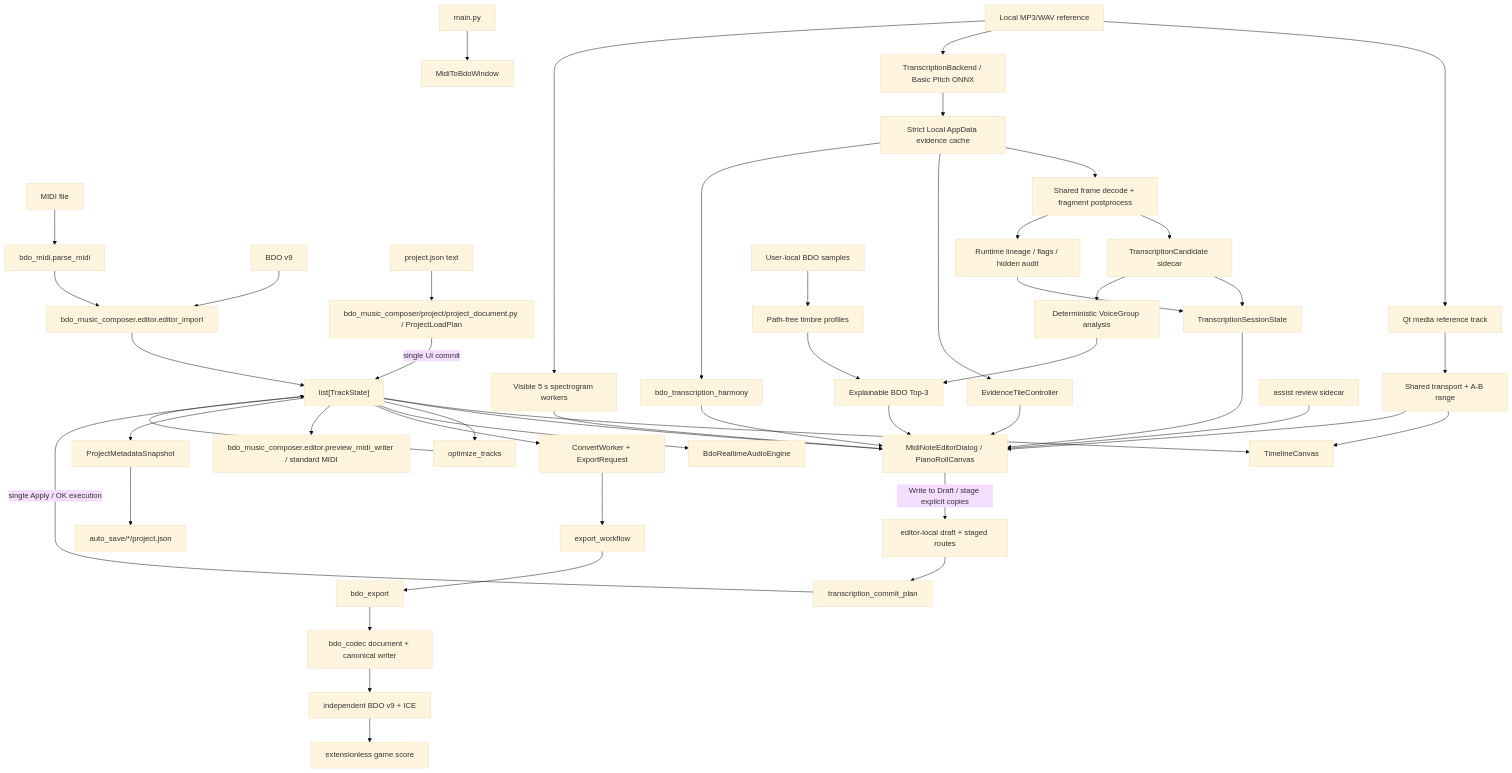
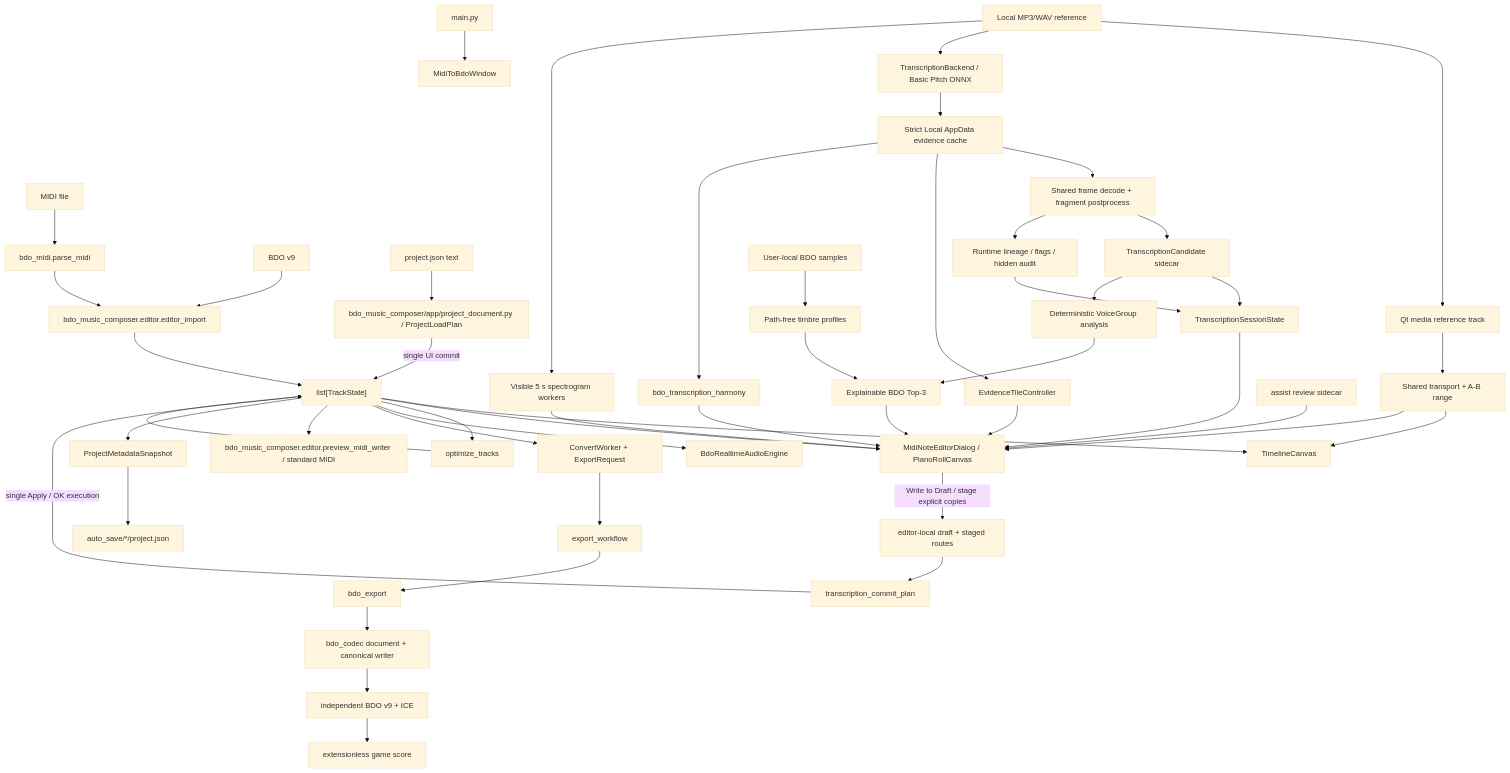
The diagram in docs/ARCHITECTURE.md (CocoaMist/3007-BDO_Music_Composer), drawn with Mermaid (base theme) before and after one commit. The commit also changed other lines of this file and 283 other files, not shown here.

First line of the commit message:
refactor: consolidate composer architecture and editing workflows

````diff
--- a/docs/ARCHITECTURE.md
+++ b/docs/ARCHITECTURE.md
@@ -7,51 +7,51 @@
 ```mermaid
 flowchart TD
     Entry["main.py"] --> GUI["MidiToBdoWindow"]
     MIDI["MIDI file"] --> Parser["bdo_midi.parse_midi"]
     BDO["BDO v9"] --> ImportAdapter["bdo_music_composer.editor.editor_import"]
-    Project["project.json text"] --> ProjectPlan["bdo_music_composer/project/project_document.py / ProjectLoadPlan"]
+    Project["project.json text"] --> ProjectPlan["bdo_music_composer/app/project_document.py / ProjectLoadPlan"]
     Parser --> ImportAdapter
     ImportAdapter --> Tracks["list[TrackState]"]
     ProjectPlan -->|"single UI commit"| Tracks
     Tracks --> Timeline["TimelineCanvas"]
     Tracks --> Editor["MidiNoteEditorDialog / PianoRollCanvas"]
     Reference["Local MP3/WAV reference"] --> ReferencePlayer["Qt media reference track"]
     ReferencePlayer --> SharedTransport["Shared transport + A-B range"]
     SharedTransport --> Timeline
     SharedTransport --> Editor
     Reference --> Transcriber["TranscriptionBackend / Basic Pitch ONNX"]
     Reference --> Spectrogram["Visible 5 s spectrogram workers"]
     Transcriber --> Evidence["Strict Local AppData evidence cache"]
     Evidence --> FrameDecode["Shared frame decode + fragment postprocess"]
     FrameDecode --> Candidates["TranscriptionCandidate sidecar"]
     FrameDecode --> Annotations["Runtime lineage / flags / hidden audit"]
     Evidence --> Tiles["EvidenceTileController"]
     Evidence --> Harmony["bdo_transcription_harmony"]
     Tiles --> Editor
     Spectrogram --> Editor
     Candidates --> Session["TranscriptionSessionState"]
     Candidates --> Groups["Deterministic VoiceGroup analysis"]
     LocalSamples["User-local BDO samples"] --> Timbre["Path-free timbre profiles"]
     Groups --> Matches["Explainable BDO Top-3"]
     Timbre --> Matches
     Harmony --> Editor
     Matches --> Editor
     Session --> Editor
     Annotations --> Session
     AssistReview["assist review sidecar"] --> Editor
     Editor -->|"Write to Draft / stage explicit copies"| Draft["editor-local draft + staged routes"]
     Draft --> CommitPlan["transcription_commit_plan"]
     CommitPlan -->|"single Apply / OK execution"| Tracks
     Tracks --> Optimizer["optimize_tracks"]
     Optimizer --> Tracks
     Tracks --> Preview["BdoRealtimeAudioEngine"]
     Tracks --> Worker["ConvertWorker + ExportRequest"]
     Worker --> Workflow["export_workflow"]
     Workflow --> Adapter["bdo_export"]
     Adapter --> Serializer["bdo_codec document + canonical writer"]
     Serializer --> ICE["independent BDO v9 + ICE"]
     ICE --> GameScore["extensionless game score"]
     Tracks --> MidiProjection["bdo_music_composer.editor.preview_midi_writer / standard MIDI"]
     Tracks --> MetadataSnapshot["ProjectMetadataSnapshot"]
     MetadataSnapshot --> Autosave["auto_save/*/project.json"]
 ```
````
